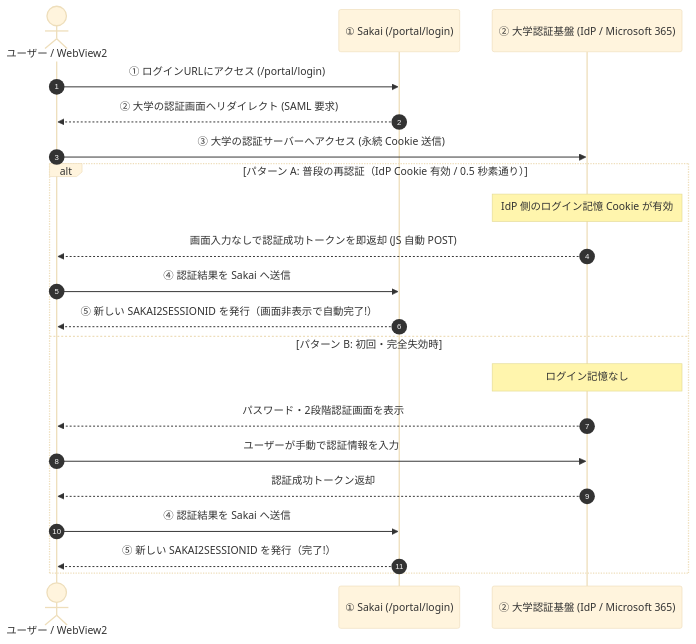
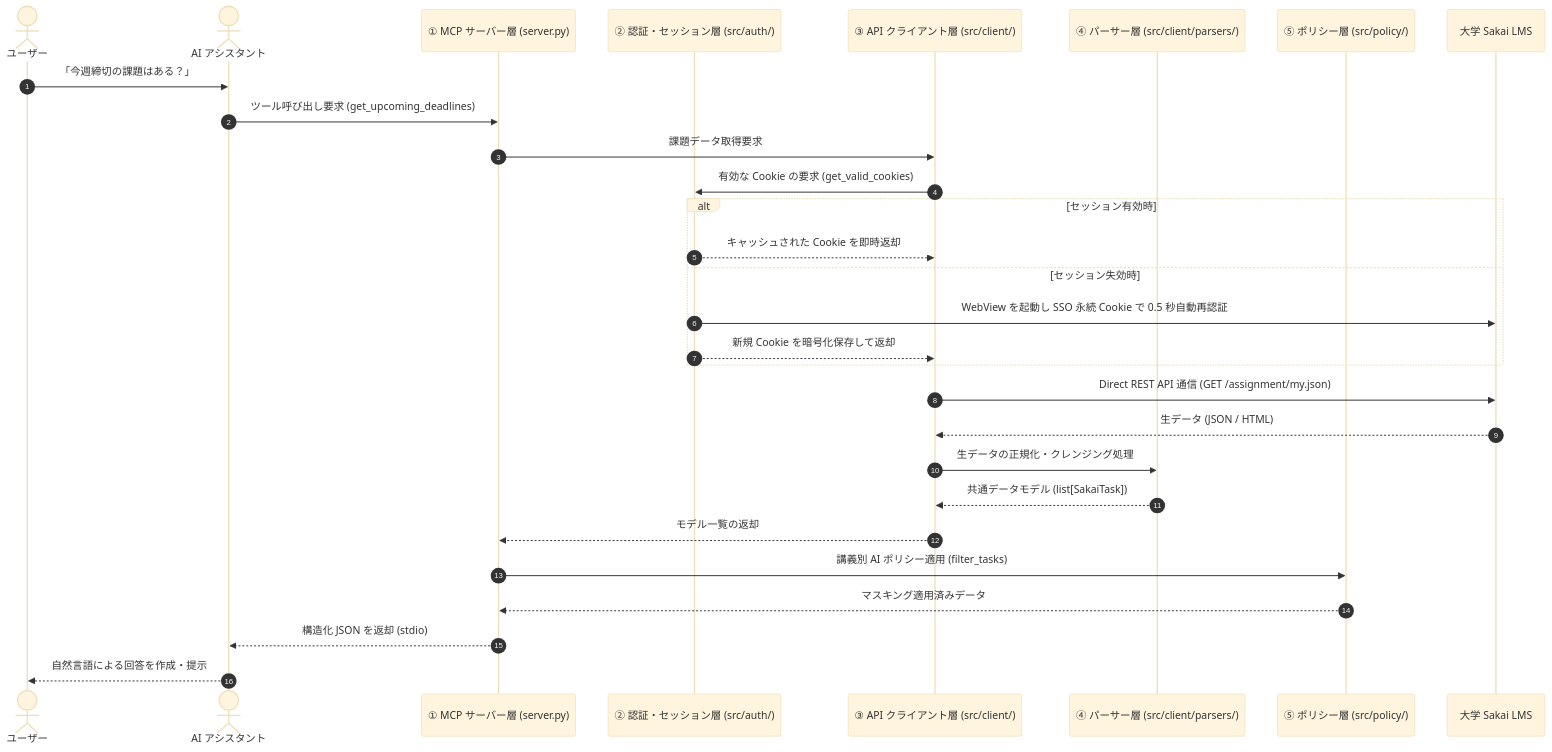
Before and after one commit to project-sakai-mcp/sakai-tasks-mcp: the second of 2 diagrams in docs/guide.md, drawn with Mermaid (base theme). The commit also changed other lines of this file and 1 other file, not shown here.

````diff
--- a/docs/guide.md
+++ b/docs/guide.md
@@ -110,25 +29,34 @@
 ```mermaid
 sequenceDiagram
     autonumber
-    actor User as ユーザー / WebView2
-    participant Sakai as ① Sakai (/portal/login)
-    participant IdP as ② 大学認証基盤 (IdP / Microsoft 365)
+    actor User as ユーザー
+    actor AI as AI アシスタント
+    participant Server as ① MCP サーバー層 (server.py)
+    participant Auth as ② 認証・セッション層 (src/auth/)
+    participant Client as ③ API クライアント層 (src/client/)
+    participant Parser as ④ パーサー層 (src/client/parsers/)
+    participant Policy as ⑤ ポリシー層 (src/policy/)
+    participant Sakai as 大学 Sakai LMS
 
-    User->>Sakai: ① ログインURLにアクセス (/portal/login)
-    Sakai-->>User: ② 大学の認証画面へリダイレクト (SAML 要求)
-    User->>IdP: ③ 大学の認証サーバーへアクセス (永続 Cookie 送信)
+    User->>AI: 「今週締切の課題はある？」
+    AI->>Server: ツール呼び出し要求 (get_upcoming_deadlines)
+    Server->>Client: 課題データ取得要求
+    Client->>Auth: 有効な Cookie の要求 (get_valid_cookies)
+    
+    alt セッション有効時
+        Auth-->>Client: キャッシュされた Cookie を即時返却
+    else セッション失効時
+        Auth->>Sakai: WebView を起動し SSO 永続 Cookie で 0.5 秒自動再認証
+        Auth-->>Client: 新規 Cookie を暗号化保存して返却
+    end
 
-    alt パターン A: 普段の再認証（IdP Cookie 有効 / 0.5 秒素通り）
-        Note over IdP: IdP 側のログイン記憶 Cookie が有効
-        IdP-->>User: 画面入力なしで認証成功トークンを即返却 (JS 自動 POST)
-        User->>Sakai: ④ 認証結果を Sakai へ送信
-        Sakai-->>User: ⑤ 新しい SAKAI2SESSIONID を発行（画面非表示で自動完了!）
-    else パターン B: 初回・完全失効時
-        Note over IdP: ログイン記憶なし
-        IdP-->>User: パスワード・2段階認証画面を表示
-        User->>IdP: ユーザーが手動で認証情報を入力
-        IdP-->>User: 認証成功トークン返却
-        User->>Sakai: ④ 認証結果を Sakai へ送信
-        Sakai-->>User: ⑤ 新しい SAKAI2SESSIONID を発行（完了!）
-    end
+    Client->>Sakai: Direct REST API 通信 (GET /assignment/my.json)
+    Sakai-->>Client: 生データ (JSON / HTML)
+    Client->>Parser: 生データの正規化・クレンジング処理
+    Parser-->>Client: 共通データモデル (list[SakaiTask])
+    Client-->>Server: モデル一覧の返却
+    Server->>Policy: 講義別 AI ポリシー適用 (filter_tasks)
+    Policy-->>Server: マスキング適用済みデータ
+    Server-->>AI: 構造化 JSON を返却 (stdio)
+    AI-->>User: 自然言語による回答を作成・提示
 ```
````
